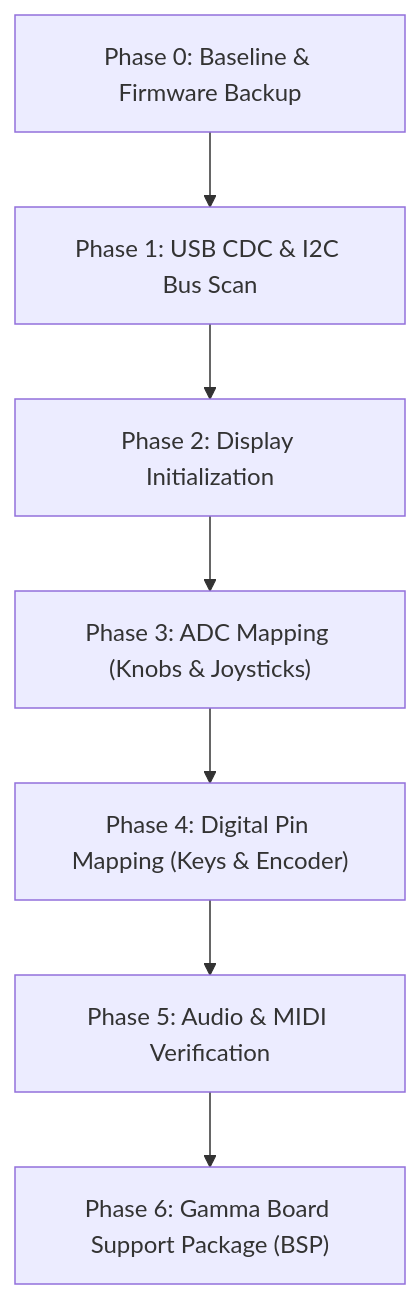
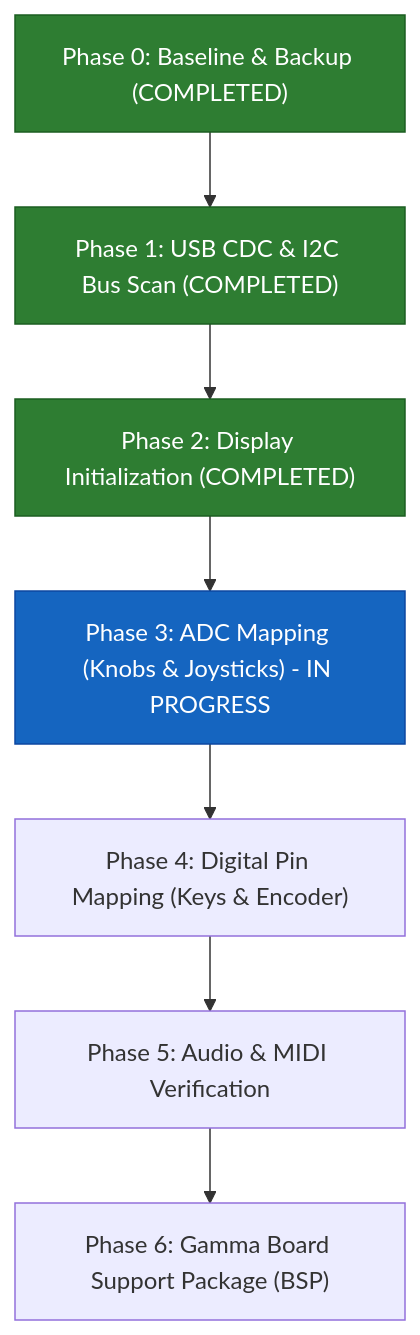
Before and after one commit to domesticmouse/reverse-engineering-gamma: the diagram in PLAN.md, drawn with Mermaid. The commit also changed other lines of this file and 2 other files, not shown here.

Commit message:
Verify OLED hardware on I2C1, update diagnostic firmware, and document learnings in PLAN

````diff
--- a/PLAN.md
+++ b/PLAN.md
@@ -87,9 +87,12 @@
 ```mermaid
 flowchart TD
-    P0["Phase 0: Baseline & Firmware Backup"] --> P1["Phase 1: USB CDC & I2C Bus Scan"]
-    P1 --> P2["Phase 2: Display Initialization"]
-    P2 --> P3["Phase 3: ADC Mapping (Knobs & Joysticks)"]
+    P0["Phase 0: Baseline & Backup (COMPLETED)"]:::done --> P1["Phase 1: USB CDC & I2C Bus Scan (COMPLETED)"]:::done
+    P1 --> P2["Phase 2: Display Initialization (COMPLETED)"]:::done
+    P2 --> P3["Phase 3: ADC Mapping (Knobs & Joysticks) - IN PROGRESS"]:::active
     P3 --> P4["Phase 4: Digital Pin Mapping (Keys & Encoder)"]
     P4 --> P5["Phase 5: Audio & MIDI Verification"]
     P5 --> P6["Phase 6: Gamma Board Support Package (BSP)"]
+
+    classDef done fill:#2e7d32,stroke:#1b5e20,color:#fff
+    classDef active fill:#1565c0,stroke:#0d47a1,color:#fff
 ```
````
